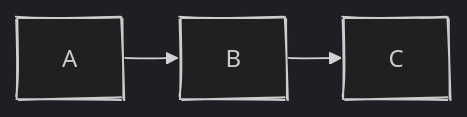
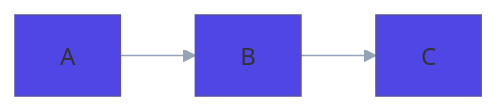
Diagram 27 of 27 in packages/skills-catalog/skills/(tooling)/mermaid-studio/references/diagram-types.md (RolfLobo/agent-skills), drawn with Mermaid before and after one commit. The commit also changed other lines of this file, not shown here.

Commit message:
docs: update diagram-types.md with new default theme settings

````diff
--- a/packages/skills-catalog/skills/(tooling)/mermaid-studio/references/diagram-types.md
+++ b/packages/skills-catalog/skills/(tooling)/mermaid-studio/references/diagram-types.md
@@ -729,10 +729,13 @@
 ```mermaid
 ---
 config:
-  theme: dark
-  look: handDrawn
-  layout: elk
+  theme: base
+  look: classic
+  layout: dagre
+  themeVariables:
+    primaryColor: "#4f46e5"
+    lineColor: "#94a3b8"
 ---
 flowchart LR
     A --> B --> C
 ```
````
